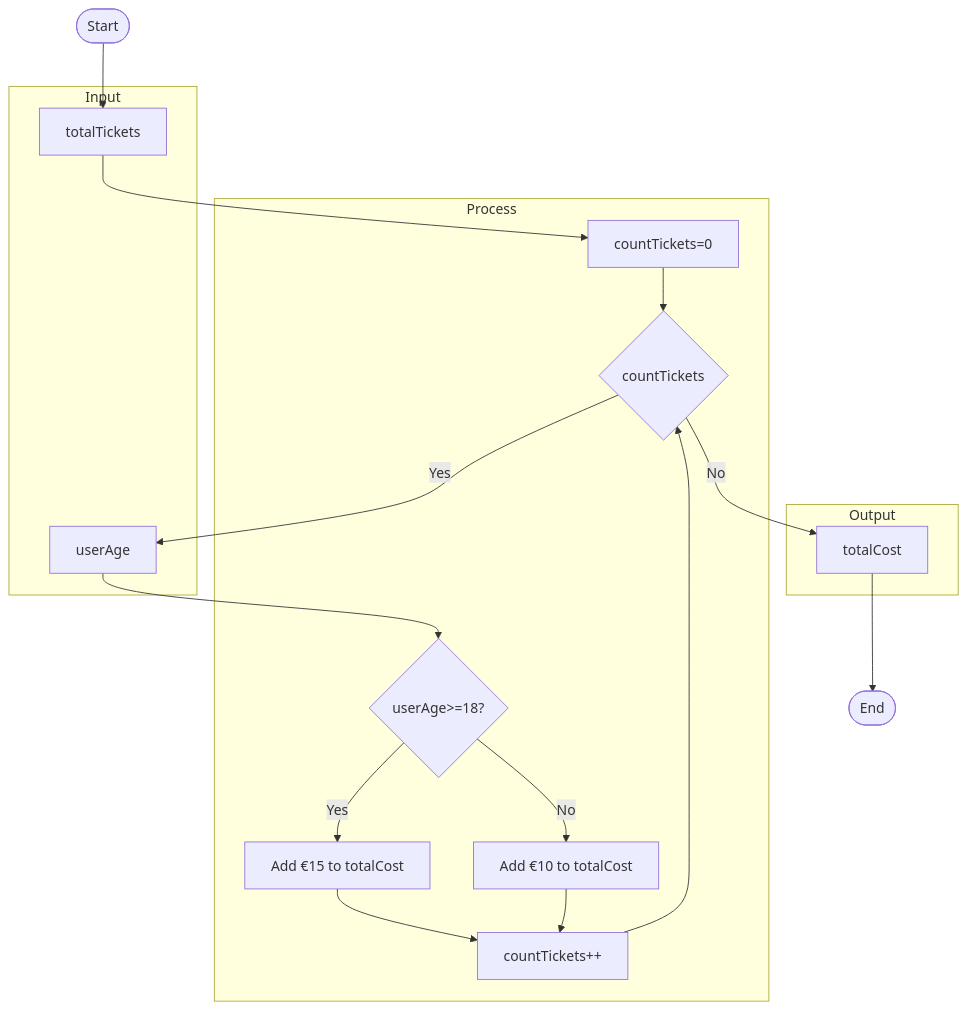
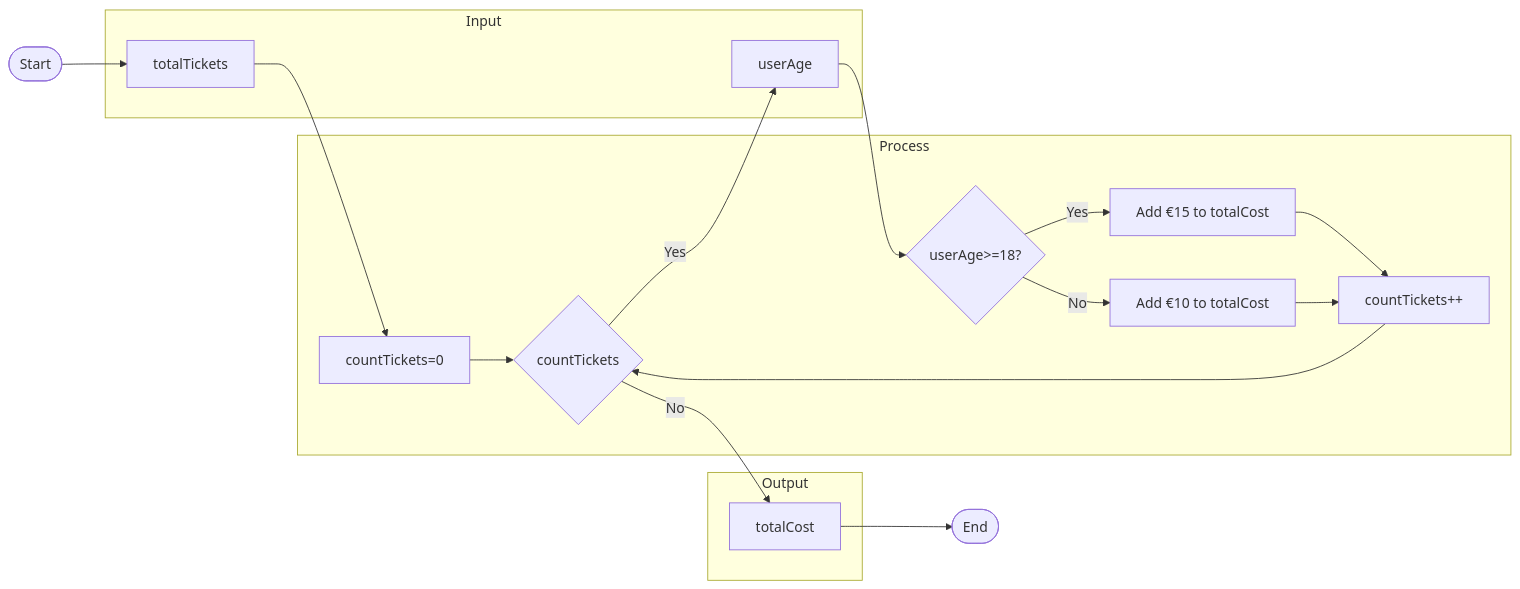
Before and after one commit to alanmaizon/Software-Development: the diagram in Week4/README.md, drawn with Mermaid. The commit also changed other lines of this file, not shown here.

````diff
--- a/Week4/README.md
+++ b/Week4/README.md
@@ -19,35 +21,34 @@
 ``` mermaid
-flowchart TB
-
+flowchart LR
     A([Start])-->B[totalTickets]
     B-->C[countTickets=0]
     C-->D{countTickets<totalTickets?}
     D-- Yes -->E[userAge]
     E--> F{userAge>=18?}
     F-- Yes -->G[Add €15 to totalCost]
     F-- No -->H[Add €10 to totalCost]
     G-->I[countTickets++]
     H-->I
     I-->D
     D-- No -->J[totalCost]
     J-->K([End])
 
     subgraph Input
         B
         E
     end
 
     subgraph Process
         C
         D
         F
         G
         H
         I
     end
 
     subgraph Output
         J
     end
 
 ```
````
